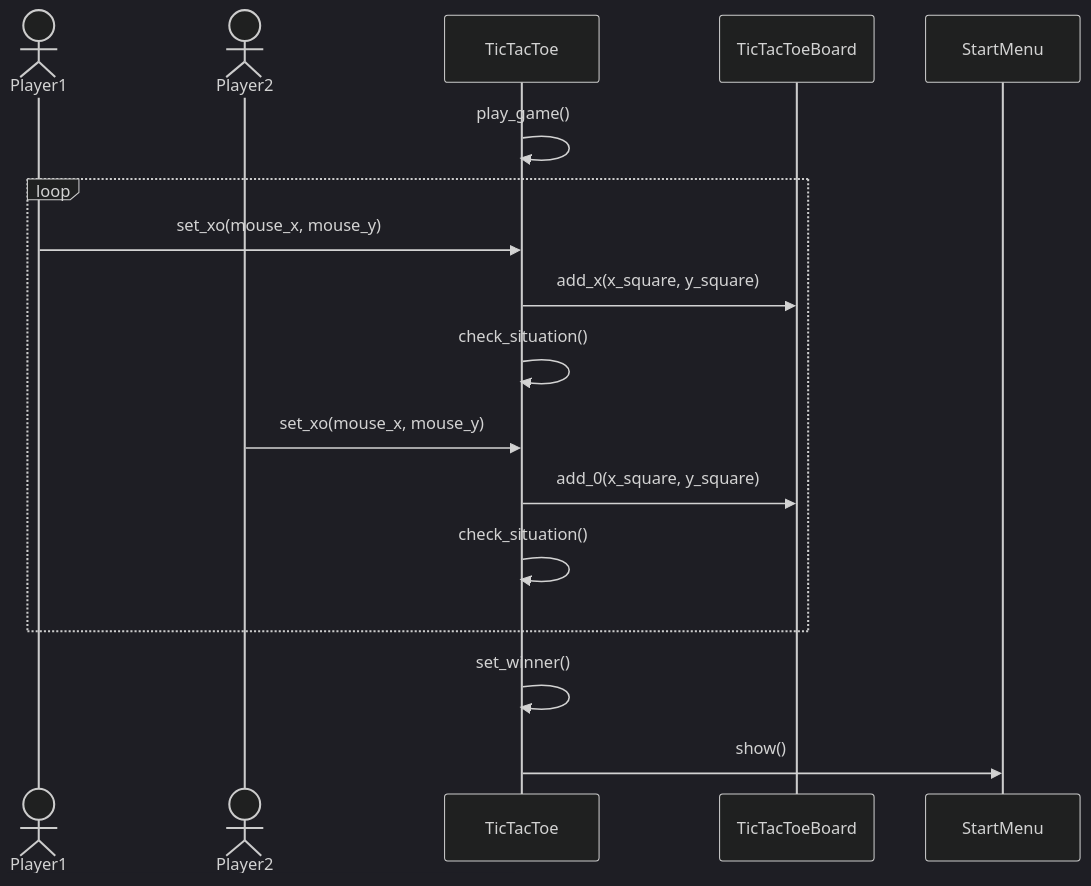
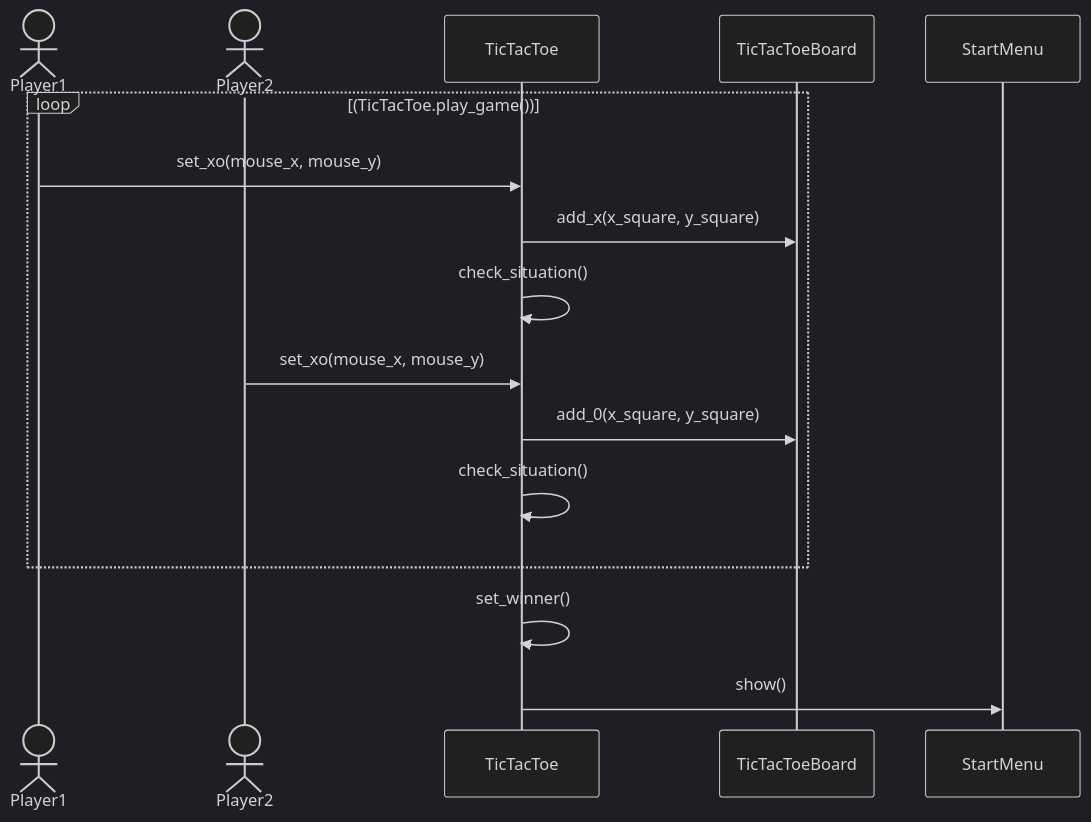
Before and after one commit to TatuSorjonen/ot-harjoitustyo: the third of 3 diagrams in maarittelydokumentti/arkkitehtuuri.md, drawn with Mermaid (dark theme).

````diff
--- a/maarittelydokumentti/arkkitehtuuri.md
+++ b/maarittelydokumentti/arkkitehtuuri.md
@@ -114,19 +114,18 @@
 ```mermaid
 sequenceDiagram
   actor Player1
   actor Player2
   participant TicTacToe
   participant TicTacToeBoard
   participant StartMenu
-  TicTacToe->> TicTacToe: play_game()
-  loop
+  loop (TicTacToe.play_game())
   Player1->> TicTacToe: set_xo(mouse_x, mouse_y)
   TicTacToe->> TicTacToeBoard: add_x(x_square, y_square)
   TicTacToe->> TicTacToe: check_situation()
   Player2->> TicTacToe: set_xo(mouse_x, mouse_y)
   TicTacToe->> TicTacToeBoard: add_0(x_square, y_square)
   TicTacToe->> TicTacToe: check_situation()
   end
   TicTacToe->> TicTacToe: set_winner()
   TicTacToe->> StartMenu: show()
 ```
````
